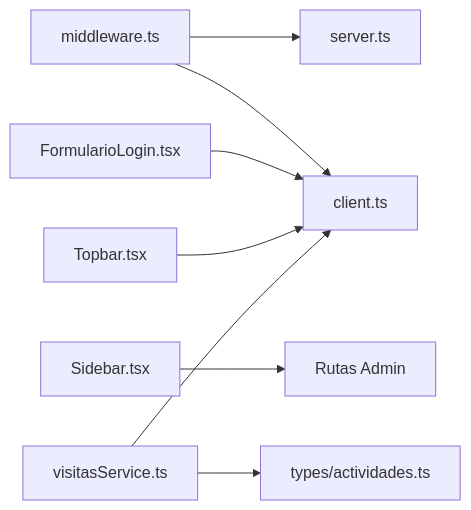
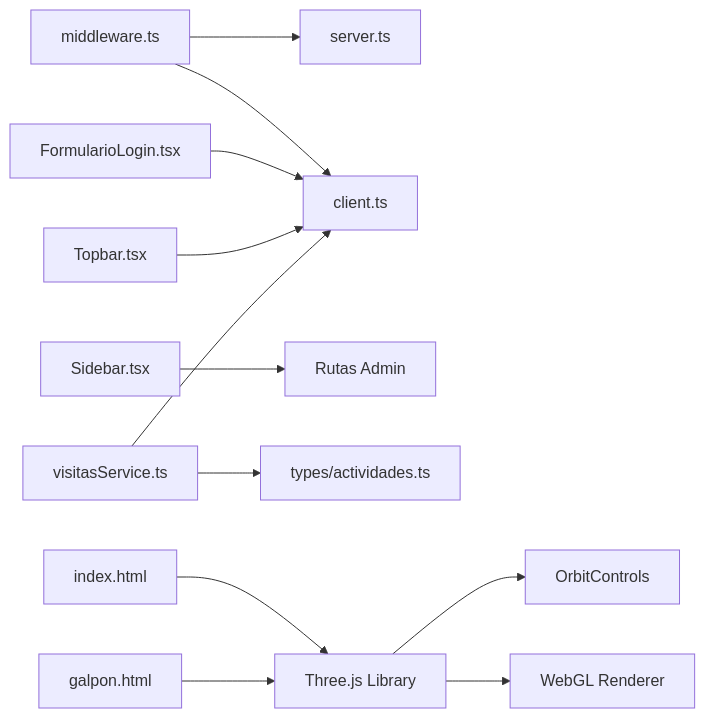
The ninth of 9 diagrams in .qoder/repowiki/en/content/Core Services & Business Logic/3D Cockpit Simulation.md (AgusCatra/simu-twin-web), drawn with Mermaid before and after one commit. The commit also changed other lines of this file and 18 other files, not shown here.

Commit message:
docs: add repowiki documentation for the Galpón SCADA Simulator Digital Twin and architecture design

````diff
--- a/.qoder/repowiki/en/content/Core Services & Business Logic/3D Cockpit Simulation.md
+++ b/.qoder/repowiki/en/content/Core Services & Business Logic/3D Cockpit Simulation.md
@@ -270,10 +403,14 @@
 ```mermaid
 graph LR
 MW["middleware.ts"] --> SC["server.ts"]
 MW --> BC["client.ts"]
 LOGIN["FormularioLogin.tsx"] --> BC
 TOPBAR["Topbar.tsx"] --> BC
 SIDEBAR["Sidebar.tsx"] --> NAV["Rutas Admin"]
 VISITAS["visitasService.ts"] --> BC
 VISITAS --> TYPES["types/actividades.ts"]
+INDEX["index.html"] --> THREE["Three.js Library"]
+GALPON["galpon.html"] --> THREE
+THREE --> ORBIT["OrbitControls"]
+THREE --> RENDER["WebGL Renderer"]
 ```
````
